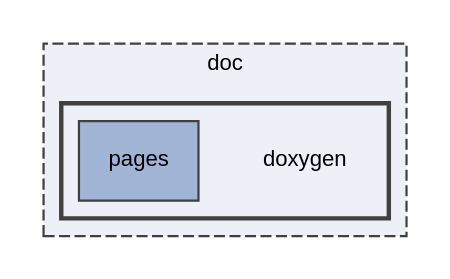
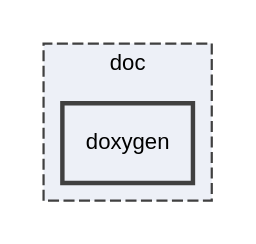
One commit to rath3t/dune-iga-doc changed the diagram in dir_04f2ecc425faf0d475a3caf484e551f3_dep.dot. Above: the diagram before and after it, drawn with Graphviz. The commit also changed 221 other files, not shown here.

```diff
--- a/dir_04f2ecc425faf0d475a3caf484e551f3_dep.dot
+++ b/dir_04f2ecc425faf0d475a3caf484e551f3_dep.dot
@@ -1,15 +1,11 @@
 digraph "doxygen"
 {
  // LATEX_PDF_SIZE
   edge [fontname="Helvetica",fontsize="10",labelfontname="Helvetica",labelfontsize="10"];
   node [fontname="Helvetica",fontsize="10",shape=record];
   compound=true
   subgraph clusterdir_e68e8157741866f444e17edd764ebbae {
     graph [ bgcolor="#edf0f7", pencolor="grey25", style="filled,dashed,", label="doc", fontname="Helvetica", fontsize="10", URL="dir_e68e8157741866f444e17edd764ebbae.html"]
-  subgraph clusterdir_04f2ecc425faf0d475a3caf484e551f3 {
-    graph [ bgcolor="#edf0f7", pencolor="grey25", style="filled,bold,", label="", fontname="Helvetica", fontsize="10", URL="dir_04f2ecc425faf0d475a3caf484e551f3.html"]
-    dir_04f2ecc425faf0d475a3caf484e551f3 [shape=plaintext, label="doxygen"];
-  dir_f72165a8ef14c681a7fa212fcb0344d5 [shape=box, label="pages", style="filled,", fillcolor="#a2b4d6", color="grey25", URL="dir_f72165a8ef14c681a7fa212fcb0344d5.html"];
-  }
+  dir_04f2ecc425faf0d475a3caf484e551f3 [shape=box, label="doxygen", style="filled,bold,", fillcolor="#edf0f7", color="grey25", URL="dir_04f2ecc425faf0d475a3caf484e551f3.html"];
   }
 }
```
